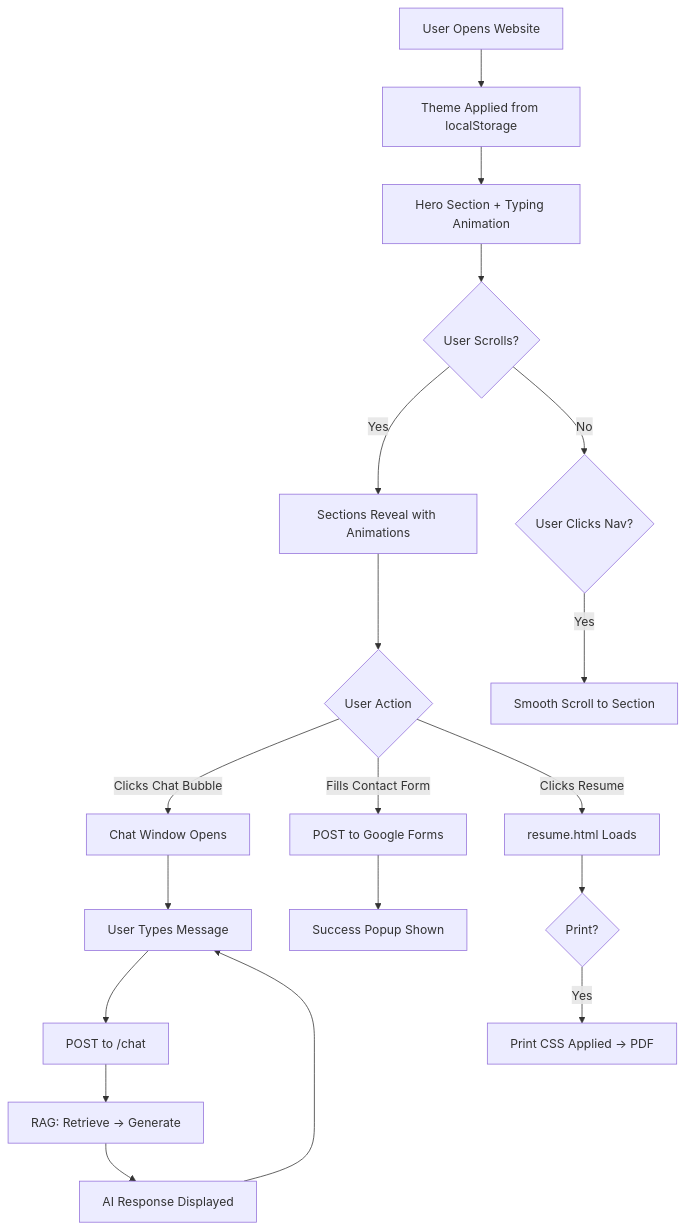
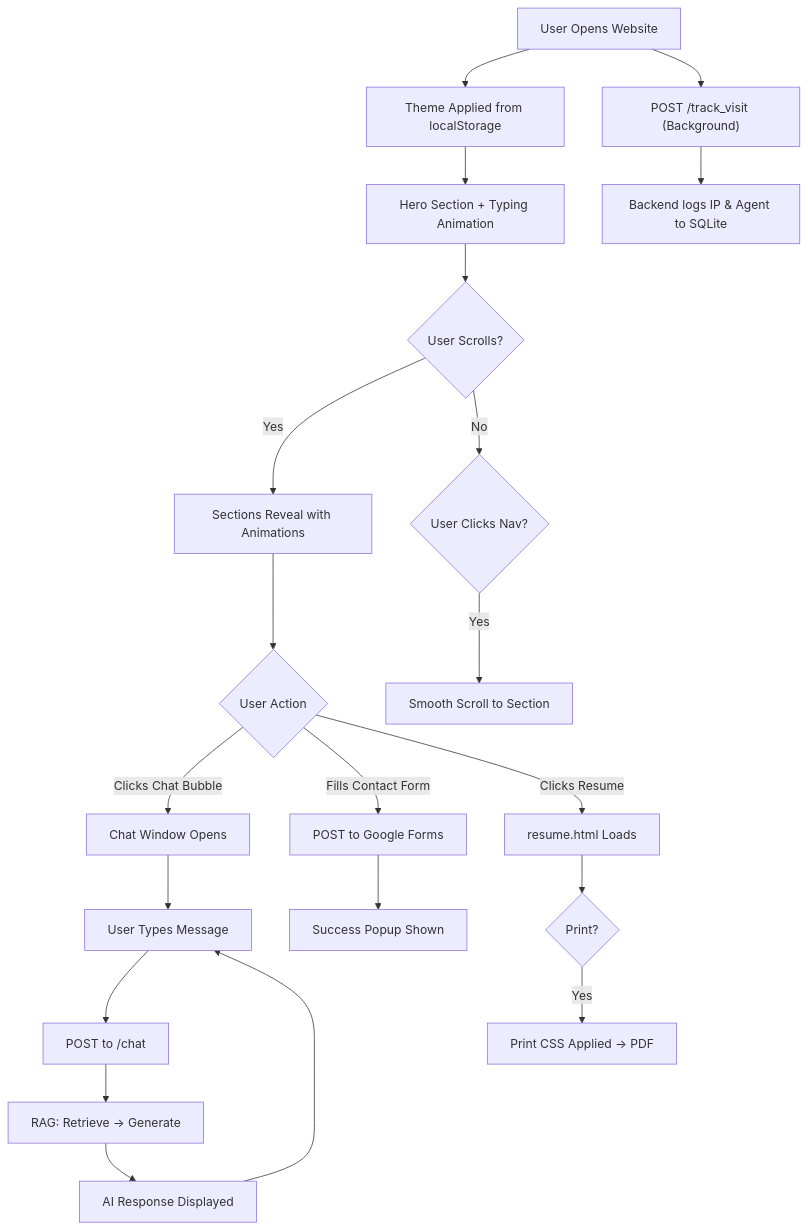
Before and after one commit to Robinsonkr/ANTIGRAVITY-PROJECTS: the second of 3 diagrams in robinson-portfolio-main/SRS_BRD_Documentation.md, drawn with Mermaid. The commit also changed other lines of this file, not shown here.

Commit message:
docs: update BRD application flow diagrams for visitor tracking api

````diff
--- a/robinson-portfolio-main/SRS_BRD_Documentation.md
+++ b/robinson-portfolio-main/SRS_BRD_Documentation.md
@@ -210,24 +220,26 @@
 ```mermaid
 graph TD
     A["User Opens Website"] --> B["Theme Applied from localStorage"]
+    A --> A1["POST /track_visit (Background)"]
+    A1 --> A2["Backend logs IP & Agent to SQLite"]
     B --> C["Hero Section + Typing Animation"]
     C --> D{"User Scrolls?"}
     D -->|Yes| E["Sections Reveal with Animations"]
     D -->|No| F{"User Clicks Nav?"}
     F -->|Yes| G["Smooth Scroll to Section"]
     
     E --> H{"User Action"}
     H -->|"Clicks Chat Bubble"| I["Chat Window Opens"]
     I --> J["User Types Message"]
     J --> K["POST to /chat"]
     K --> L["RAG: Retrieve → Generate"]
     L --> M["AI Response Displayed"]
     M --> J
     
     H -->|"Fills Contact Form"| N["POST to Google Forms"]
     N --> O["Success Popup Shown"]
     
     H -->|"Clicks Resume"| P["resume.html Loads"]
     P --> Q{"Print?"}
     Q -->|Yes| R["Print CSS Applied → PDF"]
 ```
````
